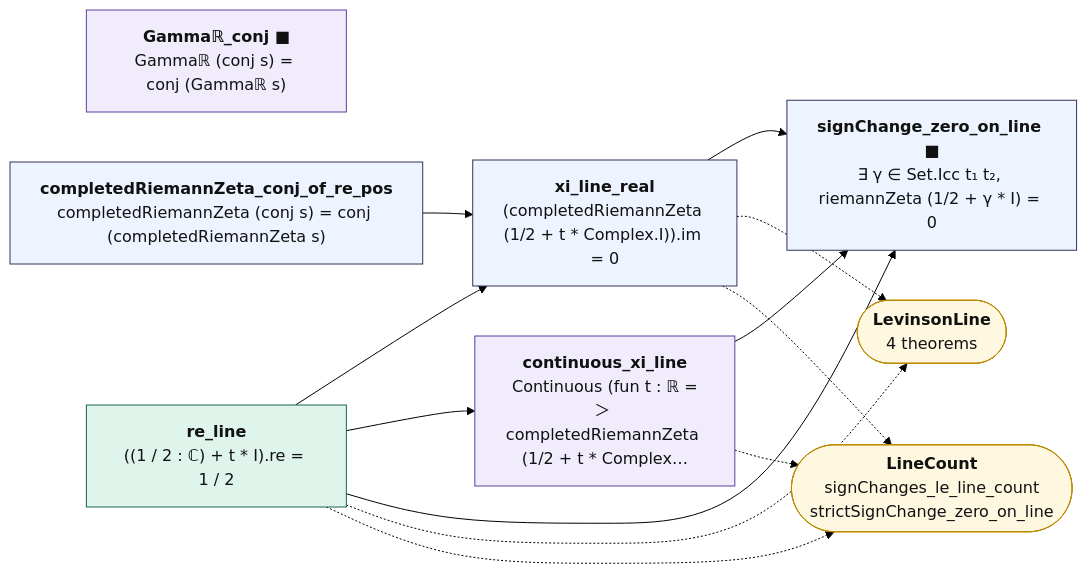
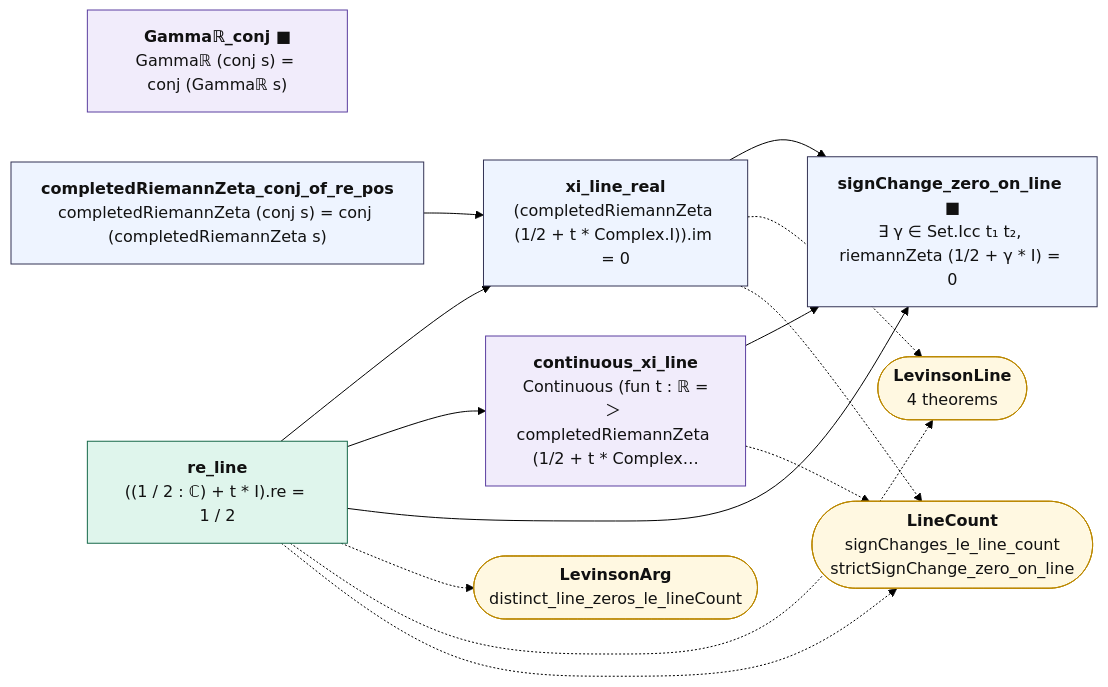
One commit to juliansambranojr/Primebeat_081426 changed the diagram in map/lean_stage3/HardyZ.mmd. Above: the diagram before and after it, drawn with Mermaid (forest theme). The commit also changed 15 other files, not shown here.

```diff
--- a/map/lean_stage3/HardyZ.mmd
+++ b/map/lean_stage3/HardyZ.mmd
@@ -1,28 +1,30 @@
 flowchart LR
   n0["<b>Gammaℝ_conj ■</b><br/>Gammaℝ (conj s) = conj (Gammaℝ s)"]:::shp
   n1["<b>completedRiemannZeta_conj_of_re_pos</b><br/>completedRiemannZeta (conj s) = conj (completedRiemannZeta s)"]:::thm
   n2["<b>re_line</b><br/>((1 / 2 : ℂ) + t * I).re = 1 / 2"]:::cnt
   n3["<b>xi_line_real</b><br/>(completedRiemannZeta (1/2 + t * Complex.I)).im = 0"]:::thm
   n4["<b>continuous_xi_line</b><br/>Continuous (fun t : ℝ =＞ completedRiemannZeta (1/2 + t * Complex…"]:::shp
   n5["<b>signChange_zero_on_line ■</b><br/>∃ γ ∈ Set.Icc t₁ t₂, riemannZeta (1/2 + γ * I) = 0"]:::thm
-  x0(["<b>LevinsonLine</b><br/>4 theorems"]):::ext
-  x1(["<b>LineCount</b><br/>signChanges_le_line_count<br/>strictSignChange_zero_on_line"]):::ext
+  x0(["<b>LevinsonArg</b><br/>distinct_line_zeros_le_lineCount"]):::ext
+  x1(["<b>LevinsonLine</b><br/>4 theorems"]):::ext
+  x2(["<b>LineCount</b><br/>signChanges_le_line_count<br/>strictSignChange_zero_on_line"]):::ext
   n1 --> n3
   n2 --> n3
   n2 --> n4
   n2 --> n5
   n3 --> n5
   n4 --> n5
   n2 -.-> x0
   n2 -.-> x1
-  n3 -.-> x0
+  n2 -.-> x2
   n3 -.-> x1
-  n4 -.-> x1
+  n3 -.-> x2
+  n4 -.-> x2
   classDef cnt fill:#dff5ec,stroke:#17694a,color:#111
   classDef shp fill:#f1ecfb,stroke:#5b3fa0,color:#111
   classDef rh fill:#ffe5e5,stroke:#c22,color:#111,stroke-width:2px
   classDef thm fill:#eef4ff,stroke:#335,color:#111
   classDef end_ fill:#e7f7e7,stroke:#2a7,color:#111,stroke-width:2px
   classDef lone fill:#fff,stroke:#999,color:#111,stroke-dasharray:4 3
   classDef bad fill:#ffe5e5,stroke:#c22,color:#111,stroke-width:2px
   classDef ext fill:#fff8e1,stroke:#b80,color:#111
```
